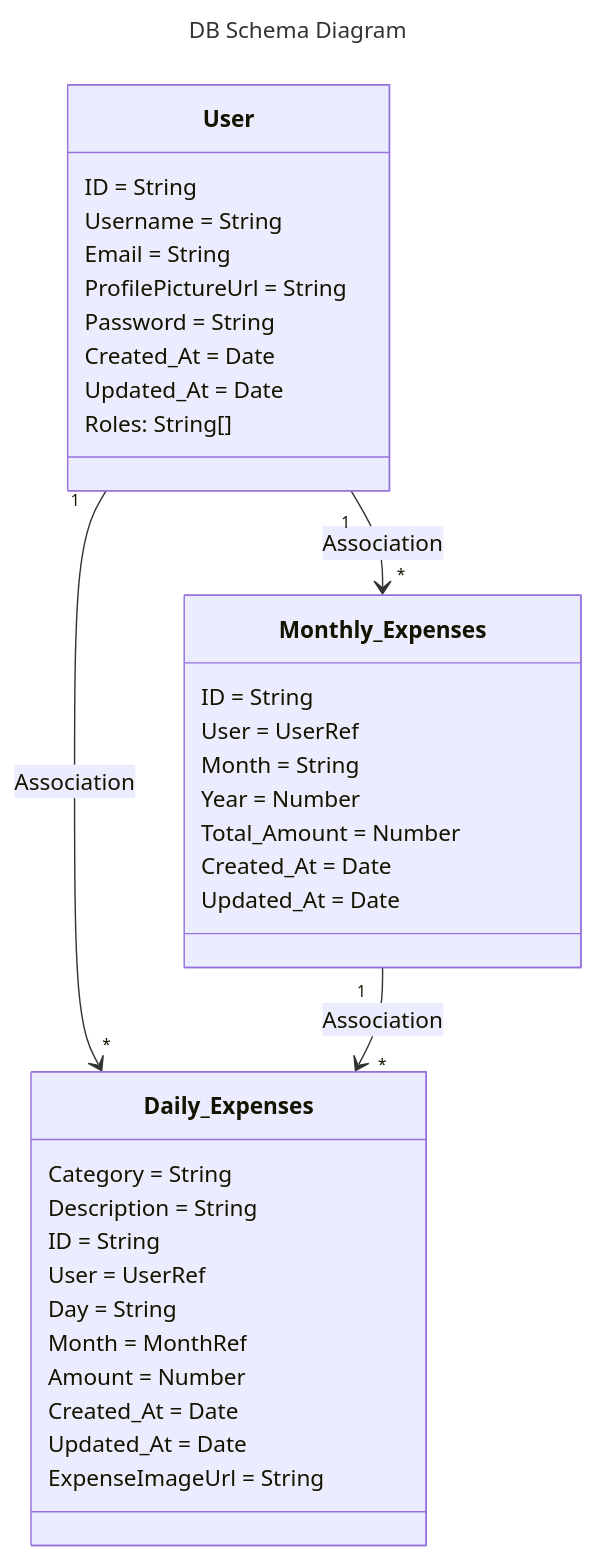
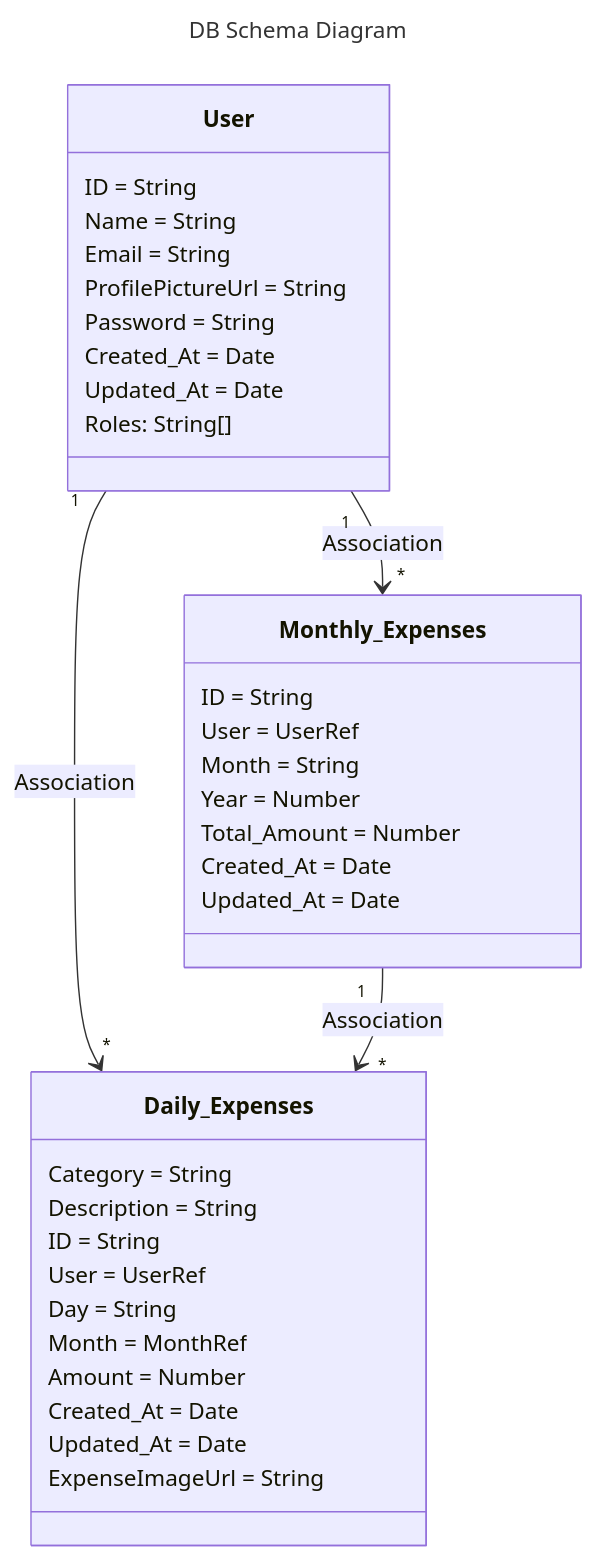
The diagram in srv/docs/dbschema.mmd (stefanghadjiew/budget-planner), drawn with Mermaid before and after one commit. The commit also changed 25 other files, not shown here.

Commit message:
feat: add user schema, response for successfull creation, status codes and creation middleware

```diff
--- a/srv/docs/dbschema.mmd
+++ b/srv/docs/dbschema.mmd
@@ -1,43 +1,43 @@
 ---
 title: DB Schema Diagram
 ---
 
 classDiagram
     
     User "1" --> "*" Daily_Expenses : Association
     User "1" --> "*" Monthly_Expenses : Association
     Monthly_Expenses "1" --> "*" Daily_Expenses : Association
 
     class User {
         ID = String
-        Username = String
+        Name = String
         Email = String
         ProfilePictureUrl = String
         Password = String
         Created_At = Date
         Updated_At = Date
         Roles: String[]
     }
 
     class Monthly_Expenses {
         ID = String
         User = UserRef
         Month = String
         Year = Number
         Total_Amount = Number
         Created_At = Date
         Updated_At = Date
     }
 
     class Daily_Expenses {
         Category = String
         Description = String
         ID = String
         User = UserRef
         Day = String
         Month = MonthRef
         Amount = Number
         Created_At = Date
         Updated_At = Date
         ExpenseImageUrl = String
     }
```
